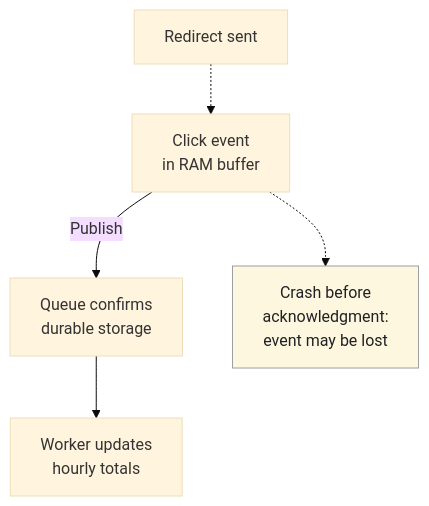
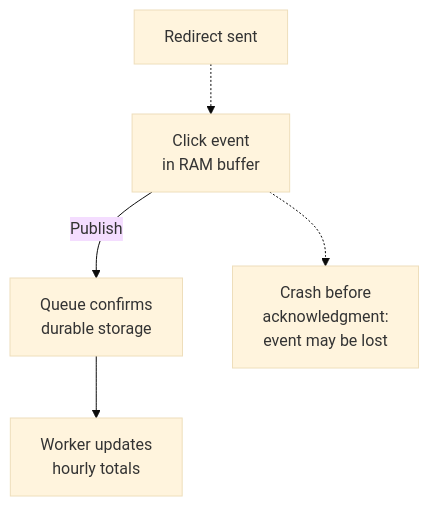
Before and after one commit to iliazlobin/iliazlobin.github.io: the sixth of 6 diagrams in _designs/system-design-bitly-url-shortener.md, drawn with Mermaid (base theme). The commit also changed other lines of this file and 95 other files, not shown here.

````diff
--- a/_designs/system-design-bitly-url-shortener.md
+++ b/_designs/system-design-bitly-url-shortener.md
@@ -387,11 +495,7 @@
 ```mermaid
 flowchart TB
-    accTitle: Asynchronous click recording
-    accDescr: Clicks move from memory to a durable queue and hourly totals. A crash before queue acknowledgment may lose an event.
     Response["Redirect sent"] -.-> Buffer["Click event<br>in RAM buffer"]
     Buffer -->|"Publish"| Queue["Queue confirms<br>durable storage"]
     Queue --> Worker["Worker updates<br>hourly totals"]
     Buffer -.-> Loss["Crash before<br>acknowledgment:<br>event may be lost"]
-    classDef caution fill:#fef7e0,stroke:#9aa0a6,color:#202124
-    class Loss caution
 ```
````
